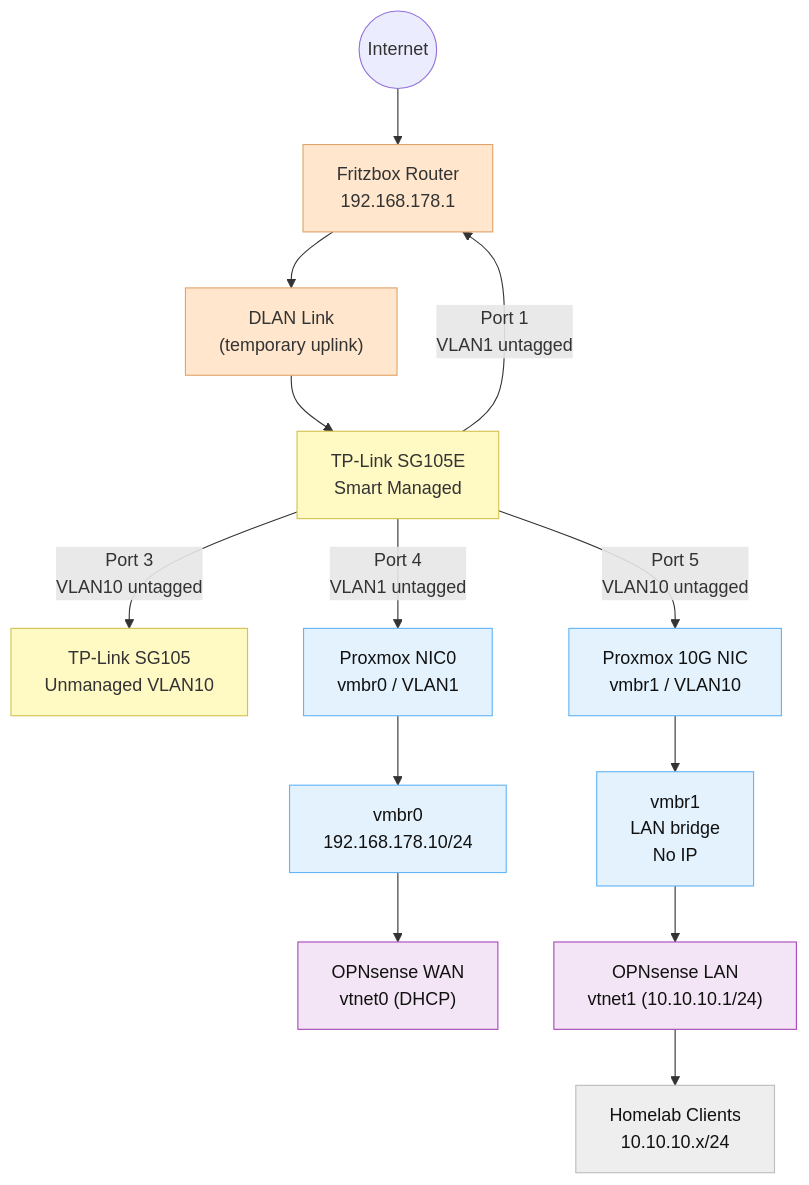
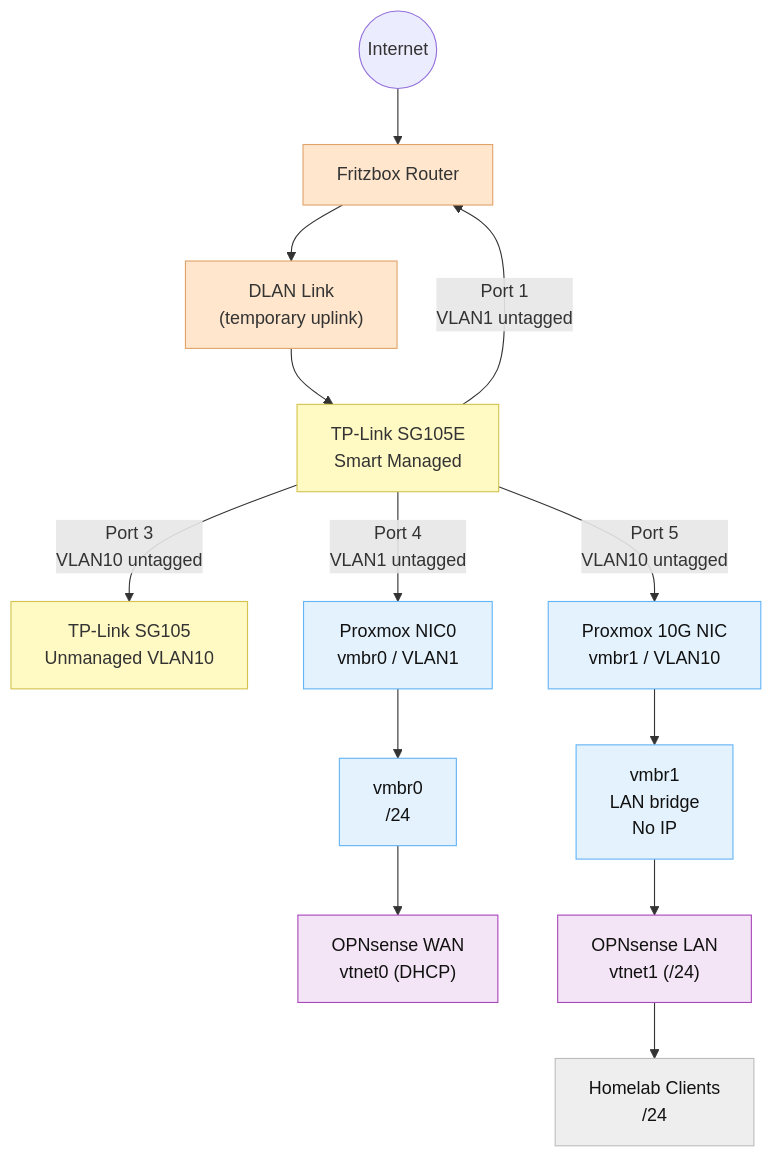
The first of 3 diagrams in docs/999_Appendix_Diagrams.md (Noxwer-beep/homelab-infrastructure), drawn with Mermaid before and after one commit. The commit also changed other lines of this file and 8 other files, not shown here.

````diff
--- a/docs/999_Appendix_Diagrams.md
+++ b/docs/999_Appendix_Diagrams.md
@@ -10,40 +10,40 @@
 ```mermaid
 graph TD
     classDef router fill:#ffe6cc,stroke:#e0a46b,color:#333,stroke-width:1px;
     classDef switch fill:#fff9c4,stroke:#d4c34f,color:#333,stroke-width:1px;
     classDef server fill:#e3f2fd,stroke:#64b5f6,color:#111,stroke-width:1px;
     classDef fw fill:#f3e5f5,stroke:#ab47bc,color:#111,stroke-width:1px;
     classDef client fill:#eeeeee,stroke:#bdbdbd,color:#111,stroke-width:1px;
 
     Internet((Internet))
 
-    Fritzbox["Fritzbox Router<br>192.168.178.1"]:::router
+    Fritzbox["Fritzbox Router<br><home-router-ip>"]:::router
     DLAN["DLAN Link<br>(temporary uplink)"]:::router
 
     SG105E["TP-Link SG105E<br>Smart Managed"]:::switch
     SG105["TP-Link SG105<br>Unmanaged VLAN10"]:::switch
 
     ProxmoxNIC0["Proxmox NIC0<br>vmbr0 / VLAN1"]:::server
     Proxmox10G["Proxmox 10G NIC<br>vmbr1 / VLAN10"]:::server
 
     OPN_WAN["OPNsense WAN<br>vtnet0 (DHCP)"]:::fw
-    OPN_LAN["OPNsense LAN<br>vtnet1 (10.10.10.1/24)"]:::fw
+    OPN_LAN["OPNsense LAN<br>vtnet1 (<lab-gateway>/24)"]:::fw
 
-    HomelabClients["Homelab Clients<br>10.10.10.x/24"]:::client
+    HomelabClients["Homelab Clients<br><lab-subnet>/24"]:::client
 
     Internet --> Fritzbox
     Fritzbox --> DLAN
     DLAN --> SG105E
 
     SG105E -->|"Port 4<br>VLAN1 untagged"| ProxmoxNIC0
     SG105E -->|"Port 5<br>VLAN10 untagged"| Proxmox10G
     SG105E -->|"Port 3<br>VLAN10 untagged"| SG105
     SG105E -->|"Port 1<br>VLAN1 untagged"| Fritzbox
 
-    ProxmoxNIC0 --> vmbr0["vmbr0<br>192.168.178.10/24"]:::server
+    ProxmoxNIC0 --> vmbr0["vmbr0<br><mgmt-subnet>/24"]:::server
     Proxmox10G --> vmbr1["vmbr1<br>LAN bridge<br>No IP"]:::server
 
     vmbr0 --> OPN_WAN
     vmbr1 --> OPN_LAN
     OPN_LAN --> HomelabClients
 ```
````
